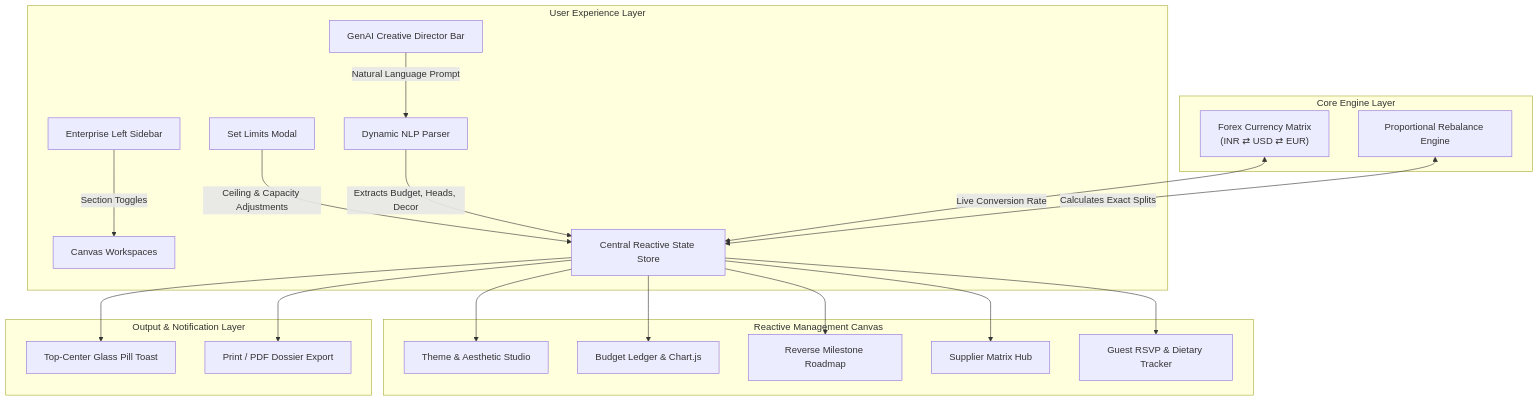
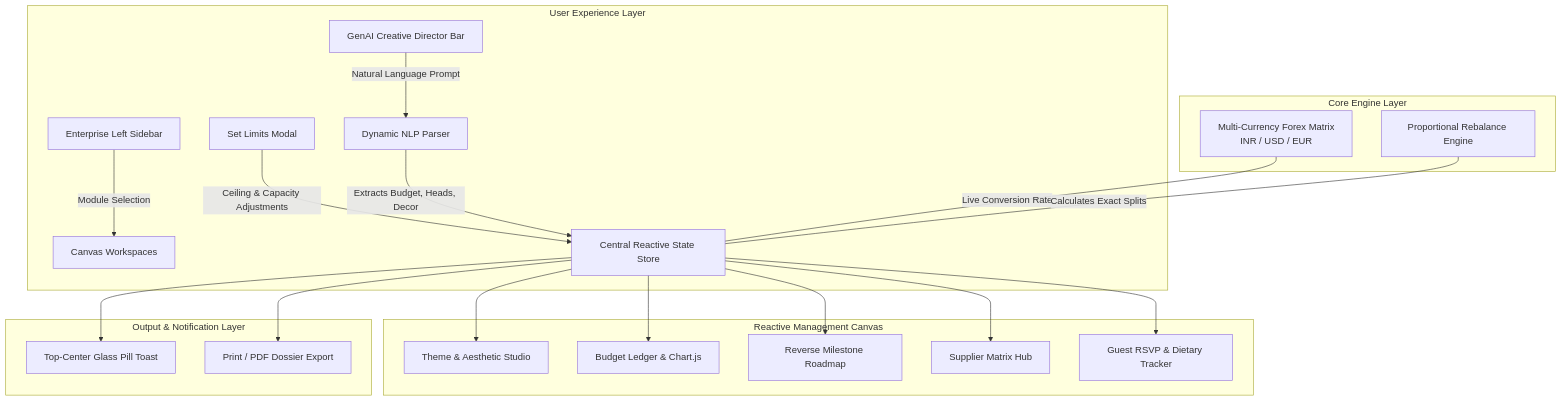
Before and after one commit to GLITCHGLORY-7/PROMPT-WARS: the diagram in README.md, drawn with Mermaid. The commit also changed other lines of this file, not shown here.

Commit message:
fix(readme): fix mermaid diagram syntax for GitHub renderer and add visual ASCII blueprint

````diff
--- a/README.md
+++ b/README.md
@@ -157,27 +157,27 @@
 ```mermaid
-flowchart TD
-    subgraph UI ["User Experience Layer"]
-        A["GenAI Creative Director Bar"] -->|Natural Language Prompt| B["Dynamic NLP Parser"]
-        NAV["Enterprise Left Sidebar"] -->|Section Toggles| VIEWS["Canvas Workspaces"]
-        LIMITS["Set Limits Modal"] -->|Ceiling & Capacity Adjustments| STATE["Central Reactive State Store"]
+graph TD
+    subgraph UI [User Experience Layer]
+        A[GenAI Creative Director Bar] -->|Natural Language Prompt| B[Dynamic NLP Parser]
+        NAV[Enterprise Left Sidebar] -->|Module Selection| VIEWS[Canvas Workspaces]
+        LIMITS[Set Limits Modal] -->|Ceiling & Capacity Adjustments| STATE[Central Reactive State Store]
     end
 
-    subgraph CORE ["Core Engine Layer"]
+    subgraph Core [Core Engine Layer]
         B -->|Extracts Budget, Heads, Decor| STATE
-        FOREX["Forex Currency Matrix<br>(INR ⇄ USD ⇄ EUR)"] <-->|Live Conversion Rate| STATE
-        REBALANCE["Proportional Rebalance Engine"] <-->|Calculates Exact Splits| STATE
+        FOREX[Multi-Currency Forex Matrix<br>INR / USD / EUR] ---|Live Conversion Rate| STATE
+        REBALANCE[Proportional Rebalance Engine] ---|Calculates Exact Splits| STATE
     end
 
-    subgraph MODULES ["Reactive Management Canvas"]
-        STATE --> M1["Theme & Aesthetic Studio"]
-        STATE --> M2["Budget Ledger & Chart.js"]
-        STATE --> M3["Reverse Milestone Roadmap"]
-        STATE --> M4["Supplier Matrix Hub"]
-        STATE --> M5["Guest RSVP & Dietary Tracker"]
+    subgraph Modules [Reactive Management Canvas]
+        STATE --> M1[Theme & Aesthetic Studio]
+        STATE --> M2[Budget Ledger & Chart.js]
+        STATE --> M3[Reverse Milestone Roadmap]
+        STATE --> M4[Supplier Matrix Hub]
+        STATE --> M5[Guest RSVP & Dietary Tracker]
     end
 
-    subgraph OUTPUT ["Output & Notification Layer"]
-        STATE --> TOAST["Top-Center Glass Pill Toast"]
-        STATE --> PRINT["Print / PDF Dossier Export"]
+    subgraph Output [Output & Notification Layer]
+        STATE --> TOAST[Top-Center Glass Pill Toast]
+        STATE --> PRINT[Print / PDF Dossier Export]
     end
 ```
````
